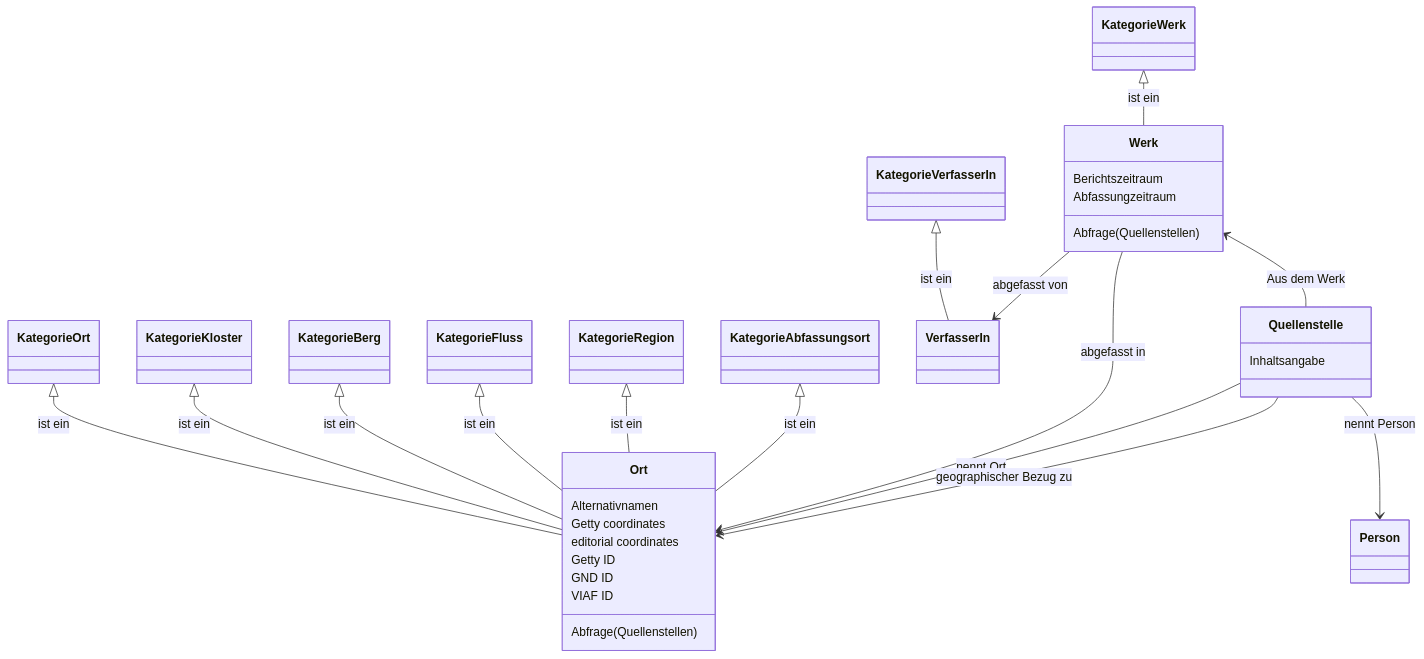
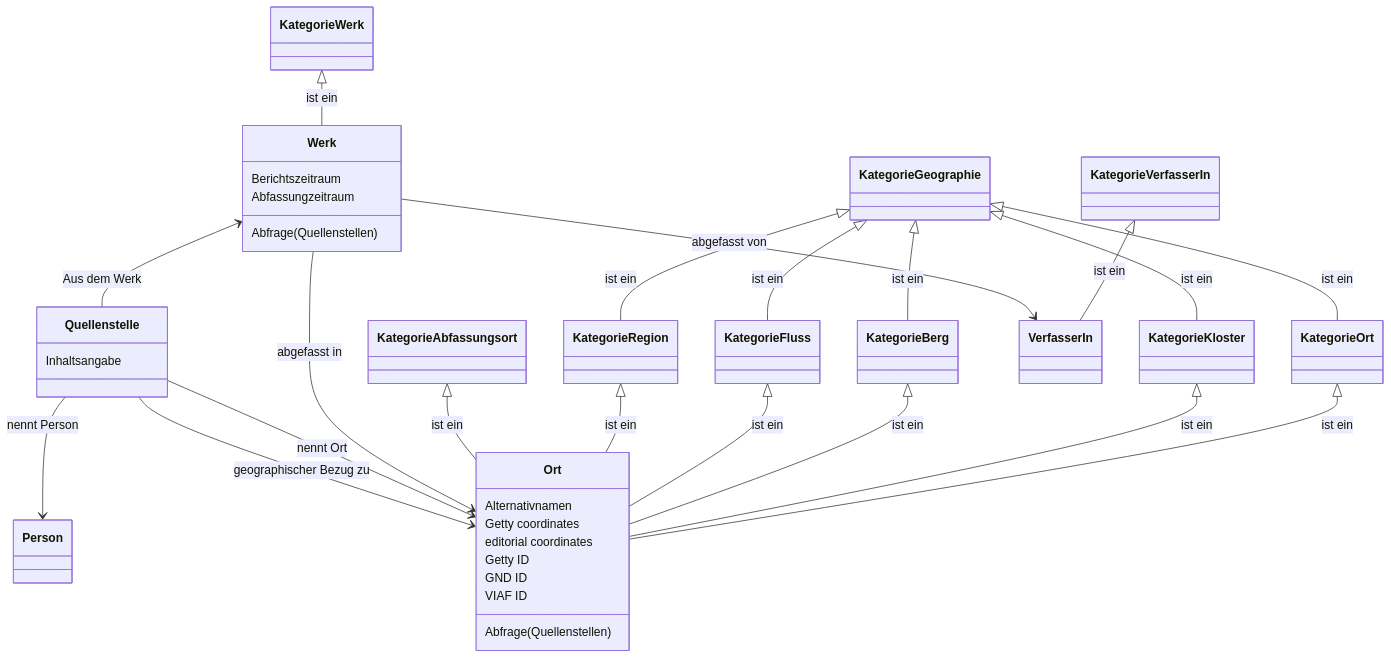
The diagram in datenmodell/Readme.MD (cceh/sarazenen-wiki), drawn with Mermaid before and after one commit.

````diff
--- a/datenmodell/Readme.MD
+++ b/datenmodell/Readme.MD
@@ -1,58 +1,65 @@
 ```mermaid
 
 classDiagram
 
     class KategorieWerk
     KategorieWerk <|-- Werk : ist ein 
+    
+    class KategorieGeographie
+    KategorieGeographie <|-- KategorieOrt: ist ein
+    KategorieGeographie <|-- KategorieKloster: ist ein
+    KategorieGeographie <|-- KategorieBerg: ist ein
+    KategorieGeographie <|-- KategorieFluss: ist ein
+    KategorieGeographie <|-- KategorieRegion: ist ein
     
     class KategorieOrt
     KategorieOrt <|-- Ort : ist ein 
     
     class KategorieKloster
     KategorieKloster <|-- Ort : ist ein 
     
     class KategorieBerg
     KategorieBerg <|-- Ort : ist ein 
     
     class KategorieFluss
     KategorieFluss <|-- Ort : ist ein 
     
     class KategorieRegion
     KategorieRegion <|-- Ort : ist ein
     
     class KategorieAbfassungsort
     KategorieAbfassungsort <|-- Ort : ist ein 
     
     class KategorieVerfasserIn
     KategorieVerfasserIn <|-- VerfasserIn : ist ein 
 
     class Werk
     Werk: Berichtszeitraum 
     Werk: Abfassungzeitraum
     Werk <-- Quellenstelle : Aus dem Werk
     Werk --> VerfasserIn : abgefasst von
     Werk --> Ort : abgefasst in
     Werk: Abfrage(Quellenstellen)
     
     class VerfasserIn
 
     class Quellenstelle
     Quellenstelle: Inhaltsangabe
     Quellenstelle --> Person : nennt Person
     Quellenstelle --> Ort : nennt Ort  
     Quellenstelle --> Ort : geographischer Bezug zu 
 
     class Person
 
     class Ort
     Ort: Alternativnamen
     Ort: Getty coordinates
     Ort: editorial coordinates
     Ort: Getty ID
     Ort: GND ID
     Ort: VIAF ID
     Ort: Abfrage(Quellenstellen)
     
 end
 
 ```
````
